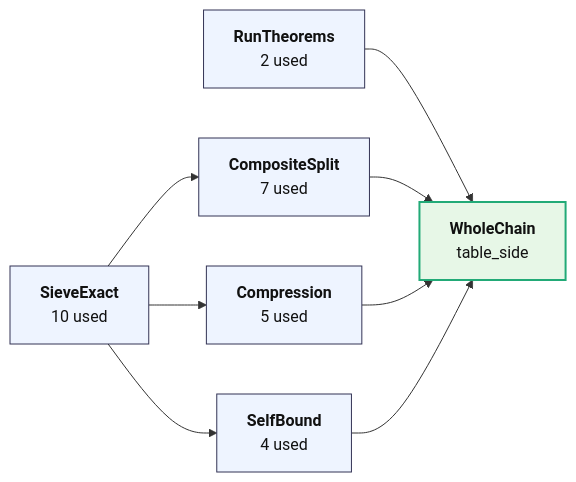
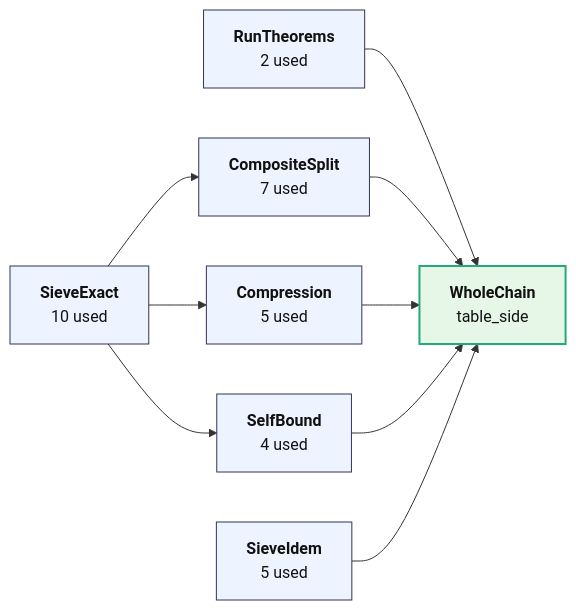
One commit to juliansambranojr/Primebeat_081426 changed the diagram in map/chains/WholeChain-table_side.mmd. Above: the diagram before and after it, drawn with Mermaid. The commit also changed 45 other files, not shown here.

```diff
--- a/map/chains/WholeChain-table_side.mmd
+++ b/map/chains/WholeChain-table_side.mmd
@@ -1,22 +1,24 @@
 flowchart LR
   f0["<b>RunTheorems</b><br/>2 used"]:::thm
   f1["<b>SieveExact</b><br/>10 used"]:::thm
   f2["<b>CompositeSplit</b><br/>7 used"]:::thm
   f3["<b>Compression</b><br/>5 used"]:::thm
   f4["<b>SelfBound</b><br/>4 used"]:::thm
-  f5["<b>WholeChain</b><br/>table_side"]:::end_
+  f5["<b>SieveIdem</b><br/>5 used"]:::thm
+  f6["<b>WholeChain</b><br/>table_side"]:::end_
   f1 --> f2
   f1 --> f3
   f1 --> f4
-  f0 --> f5
-  f2 --> f5
-  f3 --> f5
-  f4 --> f5
+  f0 --> f6
+  f2 --> f6
+  f3 --> f6
+  f4 --> f6
+  f5 --> f6
   classDef cnt fill:#dff5ec,stroke:#17694a,color:#111
   classDef shp fill:#f1ecfb,stroke:#5b3fa0,color:#111
   classDef rh fill:#ffe5e5,stroke:#c22,color:#111,stroke-width:2px
   classDef thm fill:#eef4ff,stroke:#335,color:#111
   classDef end_ fill:#e7f7e7,stroke:#2a7,color:#111,stroke-width:2px
   classDef lone fill:#fff,stroke:#999,color:#111,stroke-dasharray:4 3
   classDef bad fill:#ffe5e5,stroke:#c22,color:#111,stroke-width:2px
   classDef ext fill:#fff8e1,stroke:#b80,color:#111
```
